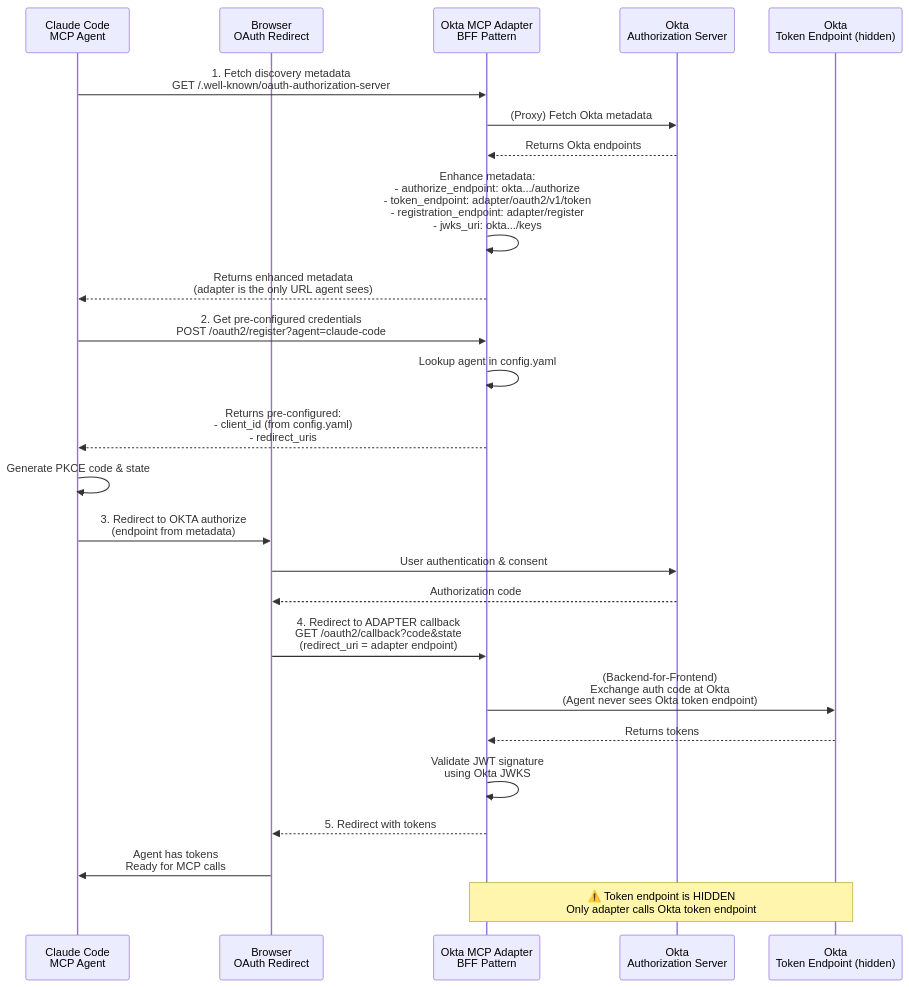
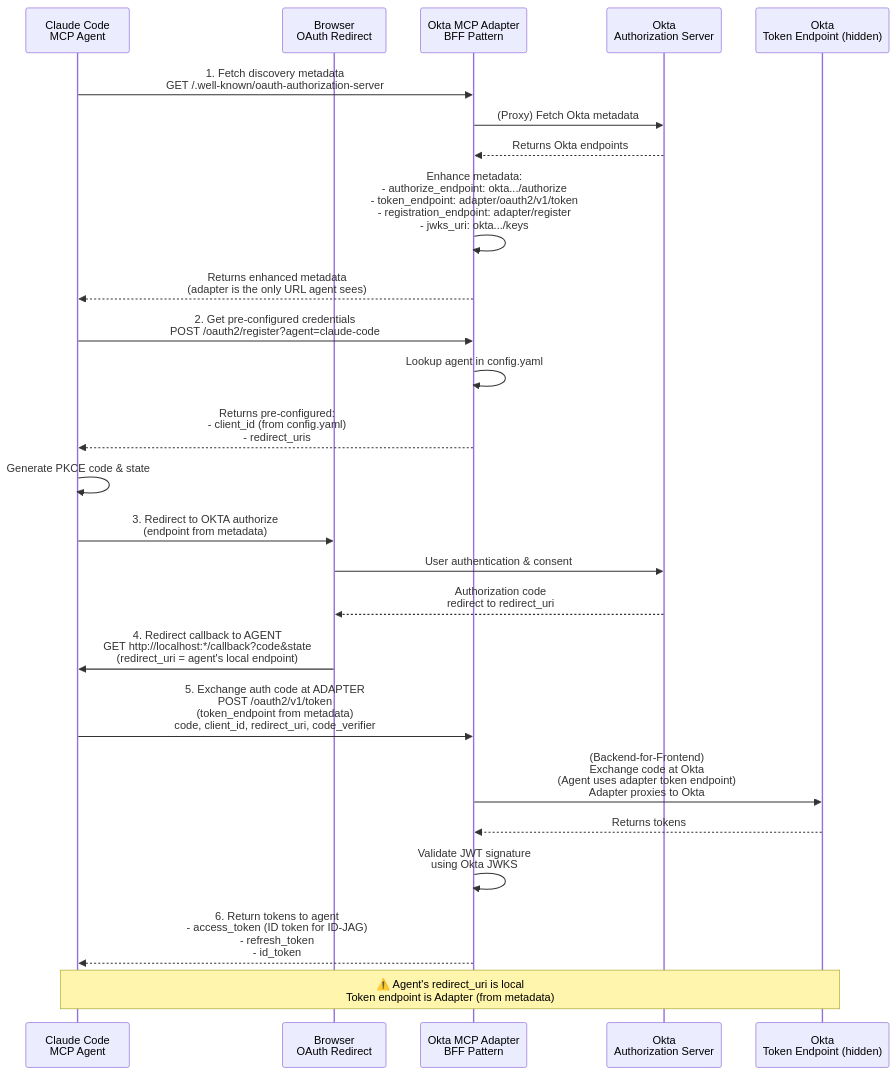
Before and after one commit to indranilokg/okta-agent-mcp-adapter: the third of 4 diagrams in docs/ARCHITECTURE_DIAGRAM.md, drawn with Mermaid.

Commit message:
Sequence Flow

````diff
--- a/docs/ARCHITECTURE_DIAGRAM.md
+++ b/docs/ARCHITECTURE_DIAGRAM.md
@@ -163,43 +163,43 @@
 ```mermaid
 sequenceDiagram
     participant Agent as Claude Code<br/>MCP Agent
     participant Browser as Browser<br/>OAuth Redirect
     participant Adapter as Okta MCP Adapter<br/>BFF Pattern
     participant OktaAuth as Okta<br/>Authorization Server
     participant OktaToken as Okta<br/>Token Endpoint (hidden)
 
     Agent->>Adapter: 1. Fetch discovery metadata<br/>GET /.well-known/oauth-authorization-server
     
     Adapter->>OktaAuth: (Proxy) Fetch Okta metadata
     OktaAuth-->>Adapter: Returns Okta endpoints
     
     Adapter->>Adapter: Enhance metadata:<br/>- authorize_endpoint: okta.../authorize<br/>- token_endpoint: adapter/oauth2/v1/token<br/>- registration_endpoint: adapter/register<br/>- jwks_uri: okta.../keys
     
     Adapter-->>Agent: Returns enhanced metadata<br/>(adapter is the only URL agent sees)
     
     Agent->>Adapter: 2. Get pre-configured credentials<br/>POST /oauth2/register?agent=claude-code
     
     Adapter->>Adapter: Lookup agent in config.yaml
     Adapter-->>Agent: Returns pre-configured:<br/>- client_id (from config.yaml)<br/>- redirect_uris
     
     Agent->>Agent: Generate PKCE code & state
     
     Agent->>Browser: 3. Redirect to OKTA authorize<br/>(endpoint from metadata)
     
     Browser->>OktaAuth: User authentication & consent
-    OktaAuth-->>Browser: Authorization code
+    OktaAuth-->>Browser: Authorization code<br/>redirect to redirect_uri
     
-    Browser->>Adapter: 4. Redirect to ADAPTER callback<br/>GET /oauth2/callback?code&state<br/>(redirect_uri = adapter endpoint)
+    Browser->>Agent: 4. Redirect callback to AGENT<br/>GET http://localhost:*/callback?code&state<br/>(redirect_uri = agent's local endpoint)
     
-    Adapter->>OktaToken: (Backend-for-Frontend)<br/>Exchange auth code at Okta<br/>(Agent never sees Okta token endpoint)
+    Agent->>Adapter: 5. Exchange auth code at ADAPTER<br/>POST /oauth2/v1/token<br/>(token_endpoint from metadata)<br/>code, client_id, redirect_uri, code_verifier
+    
+    Adapter->>OktaToken: (Backend-for-Frontend)<br/>Exchange code at Okta<br/>(Agent uses adapter token endpoint)<br/>Adapter proxies to Okta
     
     OktaToken-->>Adapter: Returns tokens
     
     Adapter->>Adapter: Validate JWT signature<br/>using Okta JWKS
     
-    Adapter-->>Browser: 5. Redirect with tokens
+    Adapter-->>Agent: 6. Return tokens to agent<br/>- access_token (ID token for ID-JAG)<br/>- refresh_token<br/>- id_token
     
-    Browser->>Agent: Agent has tokens<br/>Ready for MCP calls
-    
-    Note over Adapter,OktaToken: ⚠️ Token endpoint is HIDDEN<br/>Only adapter calls Okta token endpoint
+    Note over Agent,OktaToken: ⚠️ Agent's redirect_uri is local<br/>Token endpoint is Adapter (from metadata)
 ```
````
